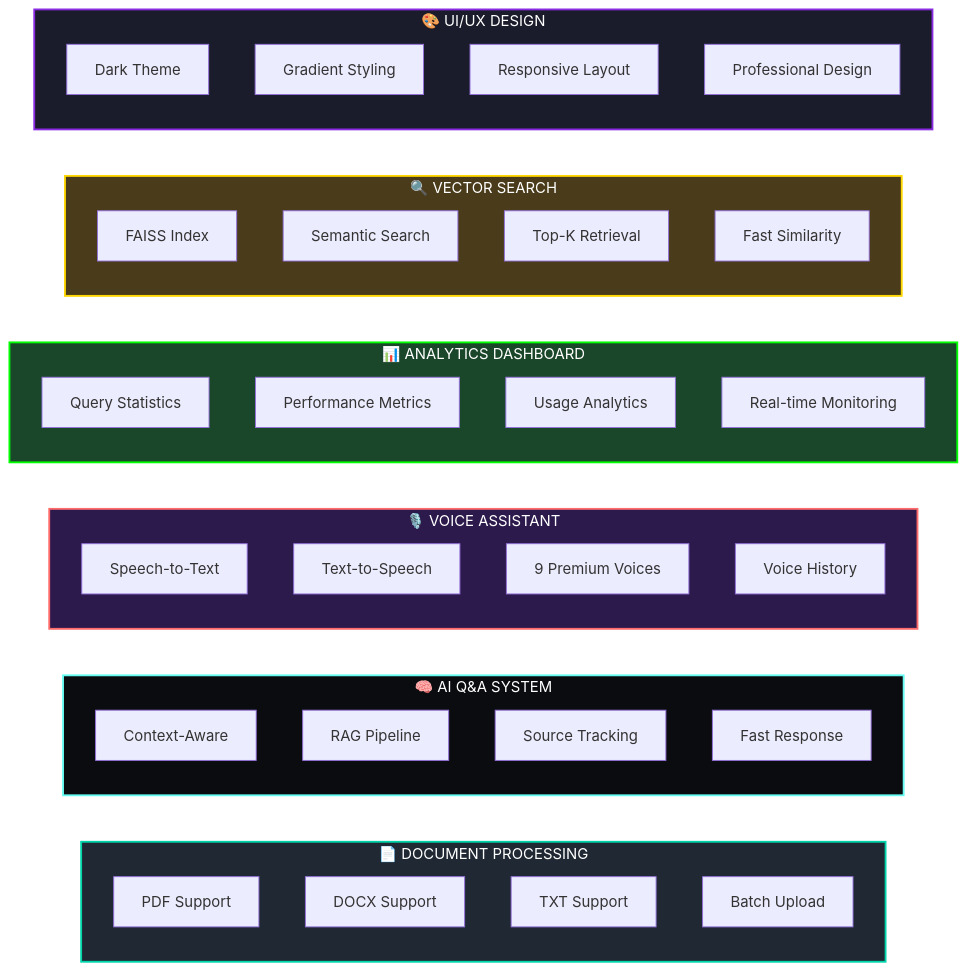
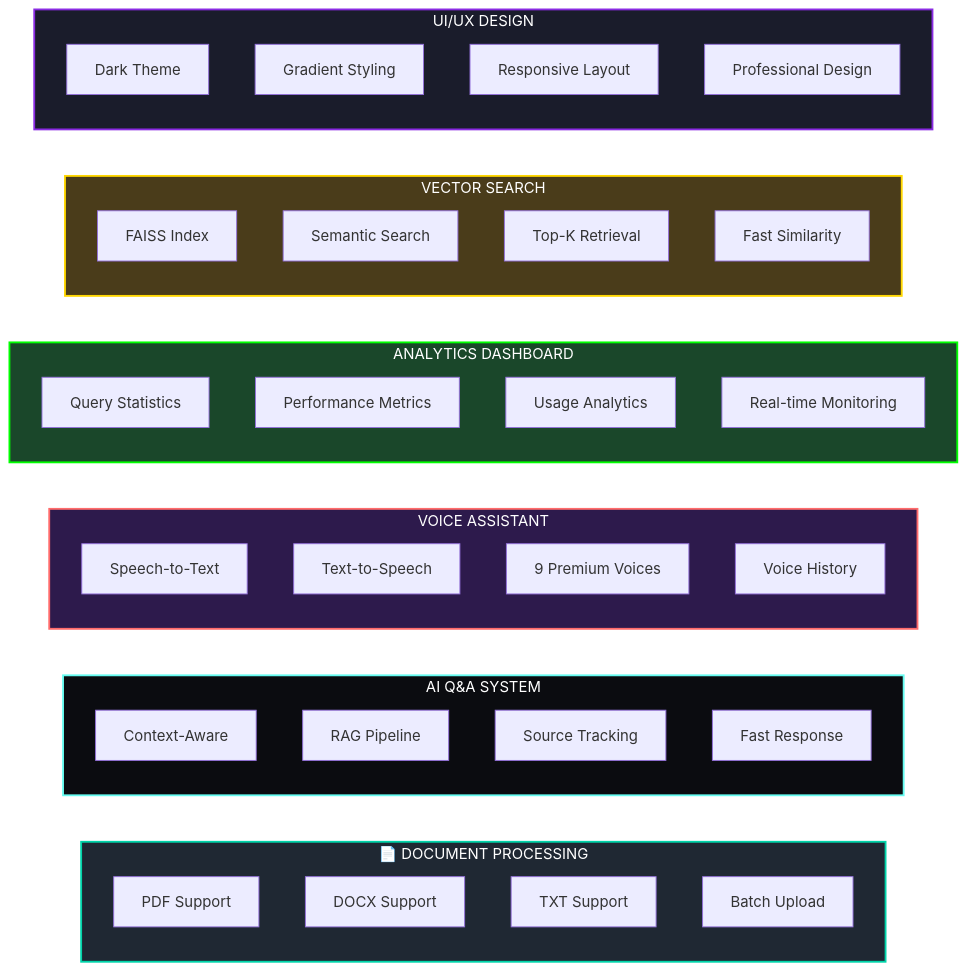
One commit to Syam-1133/Syams-Document-Intelligence-Platform changed the sixth of 7 diagrams in README.md. Above: the diagram before and after it, drawn with Mermaid. The commit also changed other lines of this file, not shown here.

````diff
--- a/README.md
+++ b/README.md
@@ -408,51 +408,51 @@
 ```mermaid
 graph LR
     subgraph DOC["📄 DOCUMENT PROCESSING"]
         D1[PDF Support]
         D2[DOCX Support]
         D3[TXT Support]
         D4[Batch Upload]
     end
     
-    subgraph AI["🧠 AI Q&A SYSTEM"]
+    subgraph AI[" AI Q&A SYSTEM"]
         A1[Context-Aware]
         A2[RAG Pipeline]
         A3[Source Tracking]
         A4[Fast Response]
     end
     
-    subgraph VOICE["🎙️ VOICE ASSISTANT"]
+    subgraph VOICE[" VOICE ASSISTANT"]
         V1[Speech-to-Text]
         V2[Text-to-Speech]
         V3[9 Premium Voices]
         V4[Voice History]
     end
     
-    subgraph ANALYTICS["📊 ANALYTICS DASHBOARD"]
+    subgraph ANALYTICS[" ANALYTICS DASHBOARD"]
         AN1[Query Statistics]
         AN2[Performance Metrics]
         AN3[Usage Analytics]
         AN4[Real-time Monitoring]
     end
     
-    subgraph VECTOR["🔍 VECTOR SEARCH"]
+    subgraph VECTOR[" VECTOR SEARCH"]
         VE1[FAISS Index]
         VE2[Semantic Search]
         VE3[Top-K Retrieval]
         VE4[Fast Similarity]
     end
     
-    subgraph UI["🎨 UI/UX DESIGN"]
+    subgraph UI[" UI/UX DESIGN"]
         U1[Dark Theme]
         U2[Gradient Styling]
         U3[Responsive Layout]
         U4[Professional Design]
     end
     
     style DOC fill:#1f2833,stroke:#00d4aa,stroke-width:2px,color:#fff
     style AI fill:#0b0c10,stroke:#66fcf1,stroke-width:2px,color:#fff
     style VOICE fill:#2d1a4c,stroke:#ff6b6b,stroke-width:2px,color:#fff
     style ANALYTICS fill:#1a472a,stroke:#00ff00,stroke-width:2px,color:#fff
     style VECTOR fill:#4a3c1a,stroke:#ffd700,stroke-width:2px,color:#fff
     style UI fill:#1a1c2b,stroke:#8a2be2,stroke-width:2px,color:#fff
 ```
````
